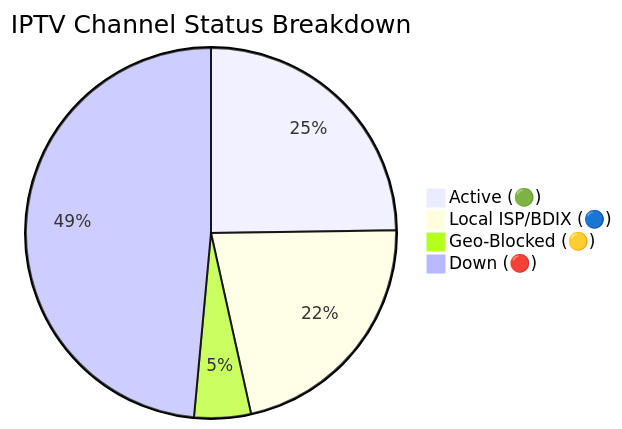
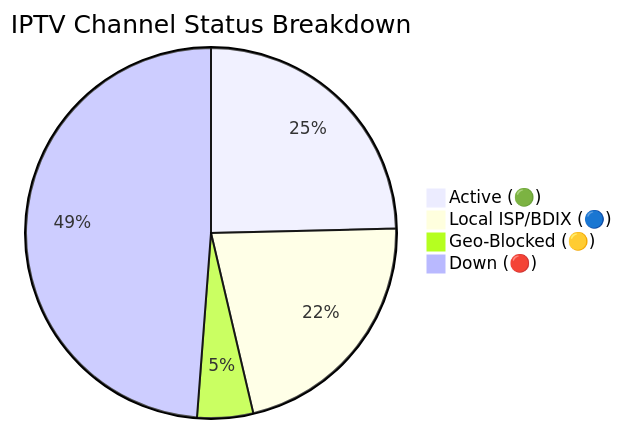
Before and after one commit to Zaman-Topu/Ip-tv-Collection: the diagram in README.md, drawn with Mermaid. The commit also changed other lines of this file and 3 other files, not shown here.

````diff
--- a/README.md
+++ b/README.md
@@ -118,7 +118,7 @@
 ```mermaid
 pie title IPTV Channel Status Breakdown
-    "Active (🟢)" : 10205
+    "Active (🟢)" : 10159
     "Local ISP/BDIX (🔵)" : 8961
-    "Geo-Blocked (🟡)" : 2036
-    "Down (🔴)" : 19993
+    "Geo-Blocked (🟡)" : 2013
+    "Down (🔴)" : 20136
 ```
````
